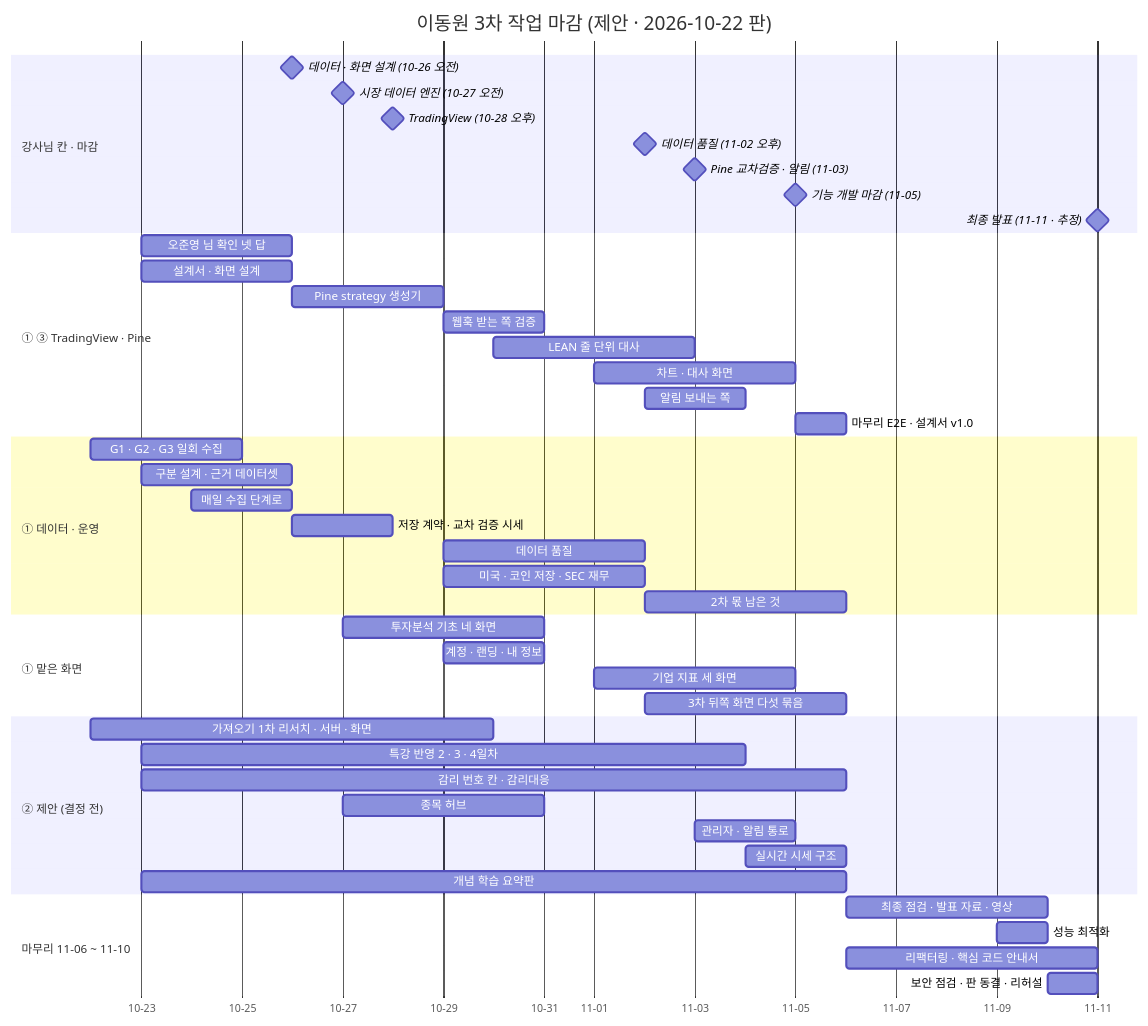
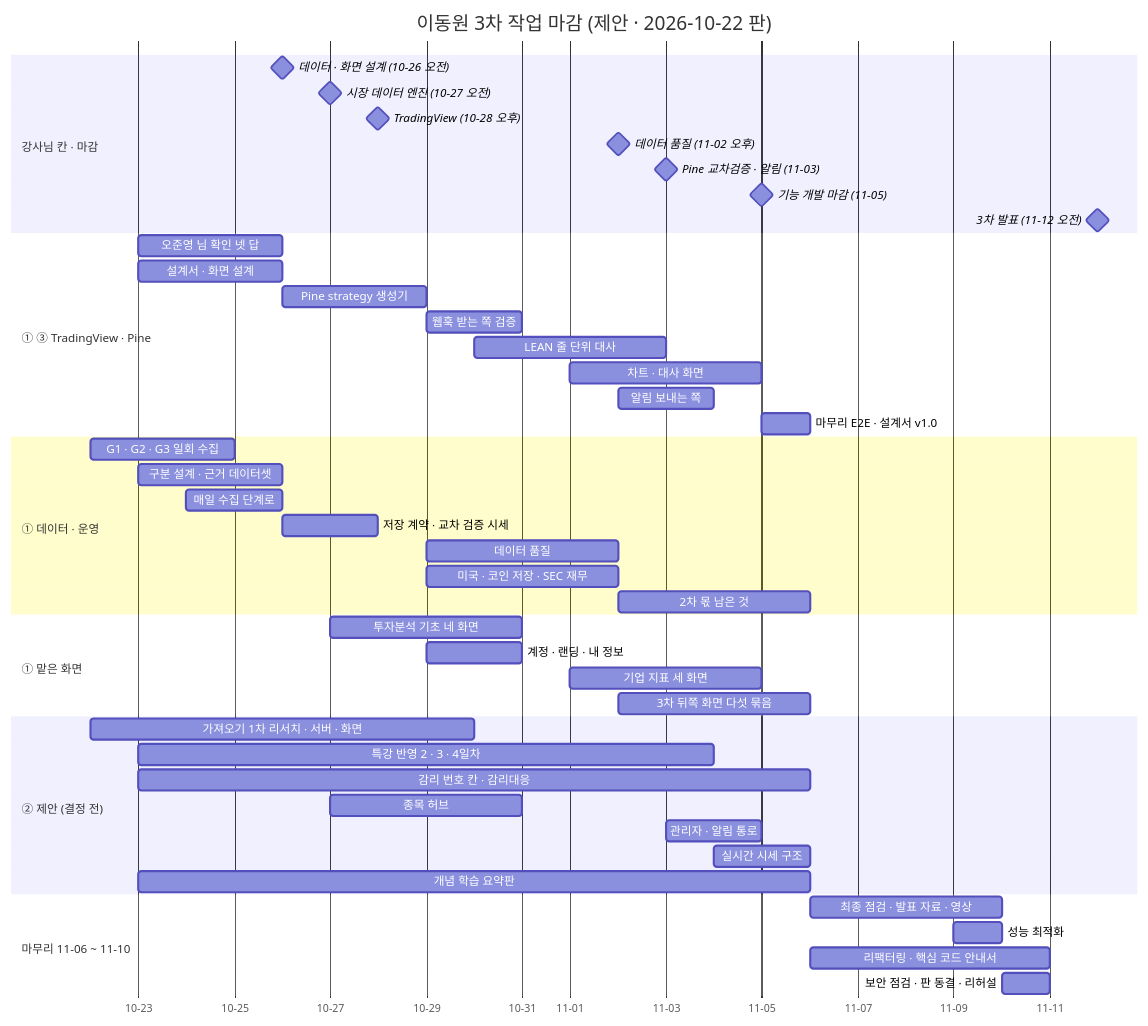
The first of 2 diagrams in docs/phase-3/00-management/plans/이동원파트-할일.md (EST-team-project/Qurious), drawn with Mermaid before and after one commit. The commit also changed other lines of this file and 25 other files, not shown here.

````diff
--- a/docs/phase-3/00-management/plans/이동원파트-할일.md
+++ b/docs/phase-3/00-management/plans/이동원파트-할일.md
@@ -160,49 +161,49 @@
 ```mermaid
 gantt
     title 이동원 3차 작업 마감 (제안 · 2026-10-22 판)
     dateFormat YYYY-MM-DD
     axisFormat %m-%d
     section 강사님 칸 · 마감
     데이터 · 화면 설계 (10-26 오전)   :milestone, 2026-10-26, 0d
     시장 데이터 엔진 (10-27 오전)     :milestone, 2026-10-27, 0d
     TradingView (10-28 오후)          :milestone, 2026-10-28, 0d
     데이터 품질 (11-02 오후)          :milestone, 2026-11-02, 0d
     Pine 교차검증 · 알림 (11-03)      :milestone, 2026-11-03, 0d
     기능 개발 마감 (11-05)            :milestone, 2026-11-05, 0d
-    최종 발표 (11-11 · 추정)          :milestone, 2026-11-11, 0d
+    3차 발표 (11-12 오전)             :milestone, 2026-11-12, 0d
     section ① ③ TradingView · Pine
     오준영 님 확인 넷 답              :2026-10-23, 3d
     설계서 · 화면 설계                :2026-10-23, 3d
     Pine strategy 생성기              :2026-10-26, 3d
     웹훅 받는 쪽 검증                 :2026-10-29, 2d
     LEAN 줄 단위 대사                 :2026-10-30, 4d
     차트 · 대사 화면                  :2026-11-01, 4d
     알림 보내는 쪽                    :2026-11-02, 2d
     마무리 E2E · 설계서 v1.0          :2026-11-05, 1d
     section ① 데이터 · 운영
     G1 · G2 · G3 일회 수집            :2026-10-22, 3d
     구분 설계 · 근거 데이터셋         :2026-10-23, 3d
     매일 수집 단계로                  :2026-10-24, 2d
     저장 계약 · 교차 검증 시세        :2026-10-26, 2d
     데이터 품질                       :2026-10-29, 4d
     미국 · 코인 저장 · SEC 재무       :2026-10-29, 4d
     2차 몫 남은 것                    :2026-11-02, 4d
     section ① 맡은 화면
     투자분석 기초 네 화면             :2026-10-27, 4d
     계정 · 랜딩 · 내 정보             :2026-10-29, 2d
     기업 지표 세 화면                 :2026-11-01, 4d
     3차 뒤쪽 화면 다섯 묶음           :2026-11-02, 4d
     section ② 제안 (결정 전)
     가져오기 1차 리서치 · 서버 · 화면 :2026-10-22, 8d
     특강 반영 2 · 3 · 4일차           :2026-10-23, 12d
     감리 번호 칸 · 감리대응           :2026-10-23, 14d
     종목 허브                         :2026-10-27, 4d
     관리자 · 알림 통로                :2026-11-03, 2d
     실시간 시세 구조                  :2026-11-04, 2d
     개념 학습 요약판                  :2026-10-23, 14d
     section 마무리 11-06 ~ 11-10
     최종 점검 · 발표 자료 · 영상      :2026-11-06, 4d
     성능 최적화                       :2026-11-09, 1d
     리팩터링 · 핵심 코드 안내서       :2026-11-06, 5d
     보안 점검 · 판 동결 · 리허설      :2026-11-10, 1d
 ```
````
